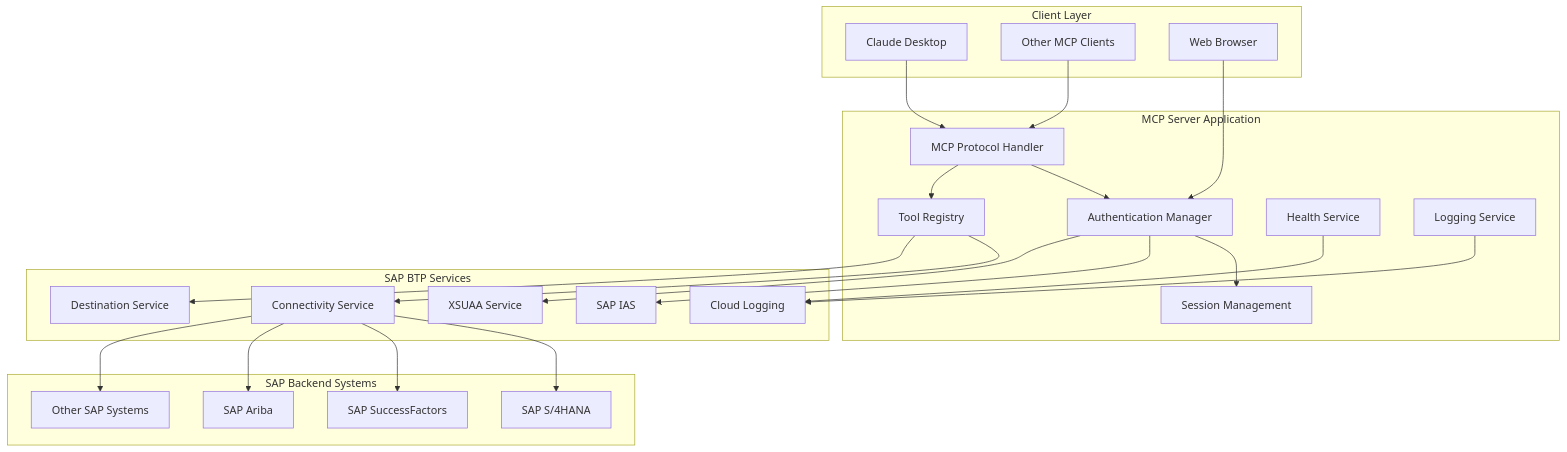
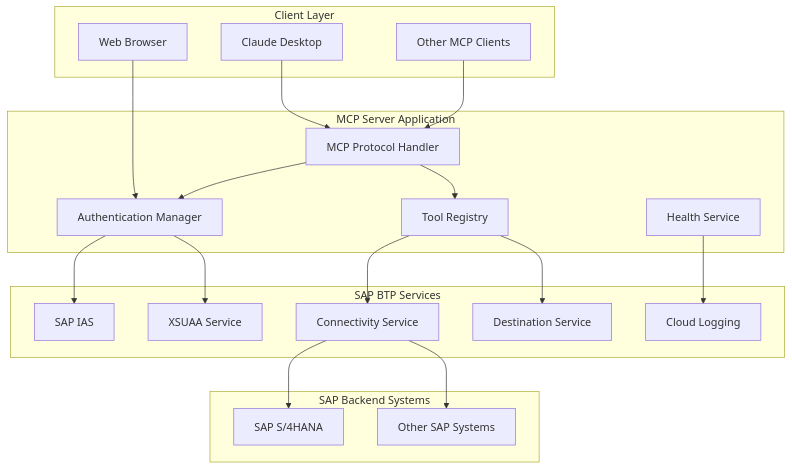
One commit to Raistlin82/btp-sap-odata-to-mcp-server-optimized changed the first of 5 diagrams in docs/ARCHITECTURE.md. Above: the diagram before and after it, drawn with Mermaid. The commit also changed other lines of this file and 10 other files, not shown here.

````diff
--- a/docs/ARCHITECTURE.md
+++ b/docs/ARCHITECTURE.md
@@ -8,49 +8,41 @@
 ```mermaid
 graph TB
     subgraph "Client Layer"
         A[Claude Desktop]
         B[Other MCP Clients]
         C[Web Browser]
     end
     
     subgraph "MCP Server Application"
         D[MCP Protocol Handler]
         E[Authentication Manager]
-        F[Session Management]
-        G[Tool Registry]
-        H[Health Service]
-        I[Logging Service]
+        F[Tool Registry]
+        G[Health Service]
     end
     
     subgraph "SAP BTP Services"
-        J[SAP IAS]
-        K[XSUAA Service]
-        L[Connectivity Service]
-        M[Cloud Logging]
-        N[Destination Service]
+        H[SAP IAS]
+        I[XSUAA Service]
+        J[Connectivity Service]
+        K[Destination Service]
+        L[Cloud Logging]
     end
     
     subgraph "SAP Backend Systems"
-        O[SAP S/4HANA]
-        P[SAP SuccessFactors]
-        Q[SAP Ariba]
-        R[Other SAP Systems]
+        M[SAP S/4HANA]
+        N[Other SAP Systems]
     end
     
     A --> D
     B --> D
     C --> E
     D --> E
-    D --> G
-    E --> F
-    E --> J
-    E --> K
+    D --> F
+    E --> H
+    E --> I
+    F --> J
+    F --> K
     G --> L
-    G --> N
-    L --> O
-    L --> P
-    L --> Q
-    L --> R
-    H --> M
-    I --> M
+    J --> M
+    J --> N
 ```
````
